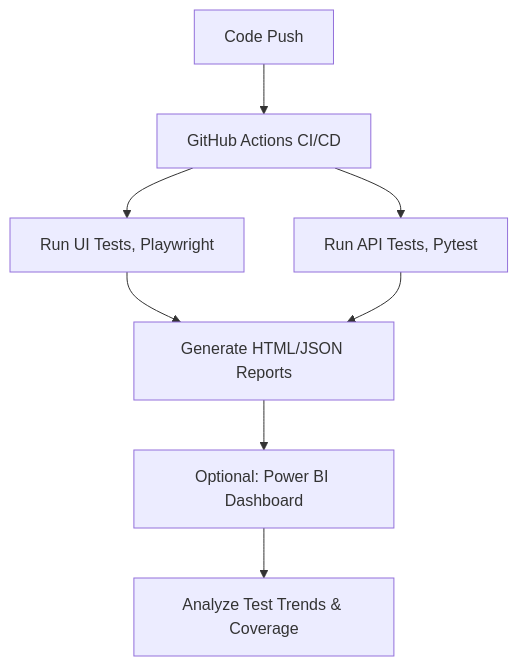
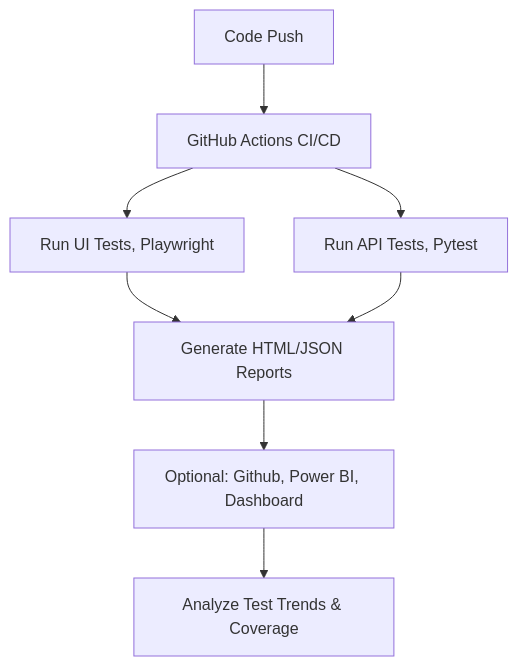
One commit to nadreal/web-automation-demo changed the diagram in README.md. Above: the diagram before and after it, drawn with Mermaid. The commit also changed other lines of this file and 2 other files, not shown here.

````diff
--- a/README.md
+++ b/README.md
@@ -55,10 +55,10 @@
 ```mermaid
 graph TD;
     A[Code Push] --> B[GitHub Actions CI/CD];
     B --> C[Run UI Tests, Playwright ];
     B --> D[Run API Tests, Pytest];
     C --> E[Generate HTML/JSON Reports];
     D --> E;
-    E --> F[Optional: Power BI Dashboard];
+    E --> F[Optional: Github, Power BI, Dashboard];
     F --> G[Analyze Test Trends & Coverage];
 ```
````
